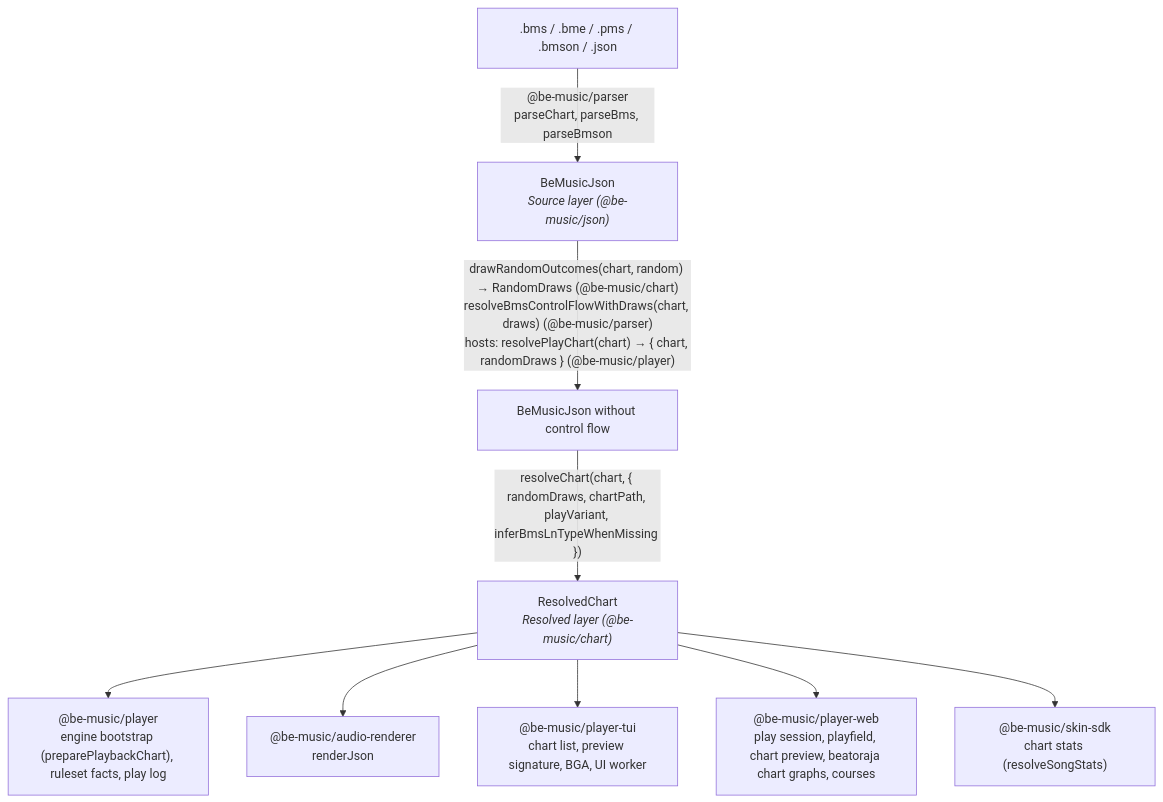
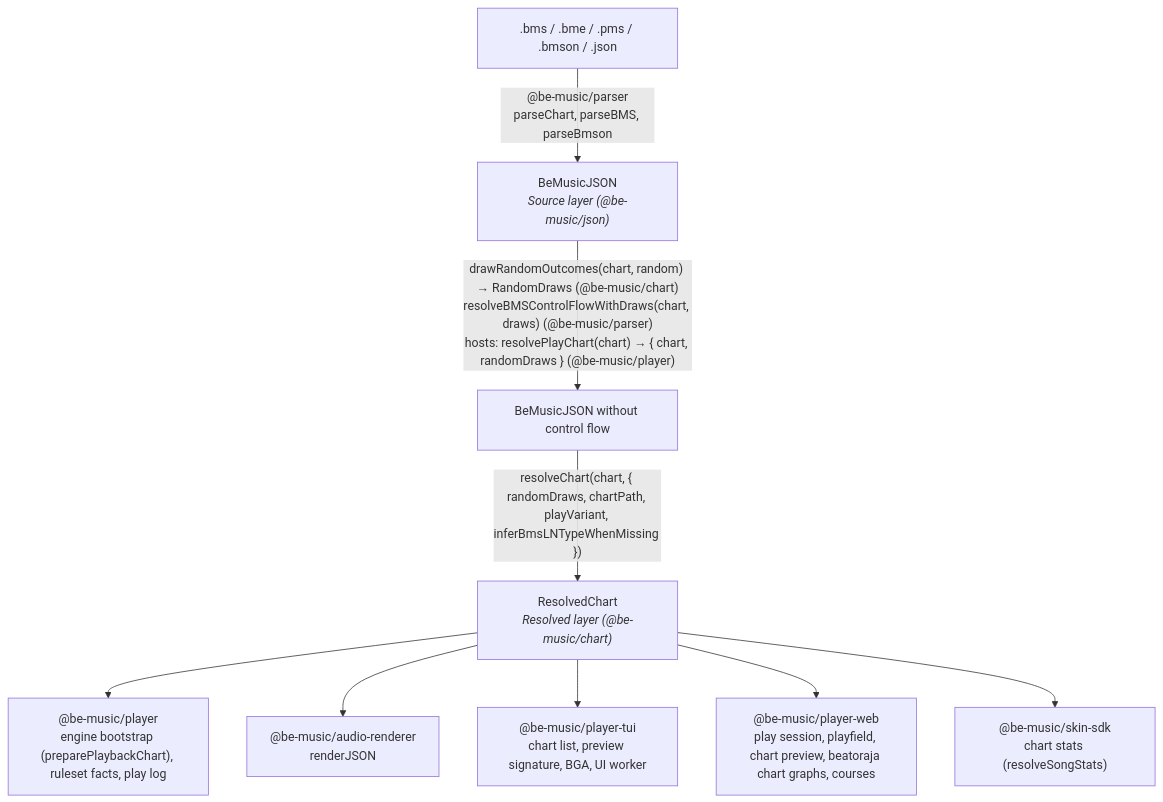
One commit to nulltask/be-music changed the first of 3 diagrams in docs/architecture.md. Above: the diagram before and after it, drawn with Mermaid. The commit also changed other lines of this file and 921 other files, not shown here.

````diff
--- a/docs/architecture.md
+++ b/docs/architecture.md
@@ -9,21 +9,21 @@
 ```mermaid
 flowchart TD
   files[".bms / .bme / .pms / .bmson / .json"]
-  source["BeMusicJson<br/><i>Source layer (@be-music/json)</i>"]
-  flat["BeMusicJson without control flow"]
+  source["BeMusicJSON<br/><i>Source layer (@be-music/json)</i>"]
+  flat["BeMusicJSON without control flow"]
   resolved["ResolvedChart<br/><i>Resolved layer (@be-music/chart)</i>"]
   player["@be-music/player<br/>engine bootstrap (preparePlaybackChart), ruleset facts, play log"]
-  renderer["@be-music/audio-renderer<br/>renderJson"]
+  renderer["@be-music/audio-renderer<br/>renderJSON"]
   tui["@be-music/player-tui<br/>chart list, preview signature, BGA, UI worker"]
   web["@be-music/player-web<br/>play session, playfield, chart preview, beatoraja chart graphs, courses"]
   skin["@be-music/skin-sdk<br/>chart stats (resolveSongStats)"]
 
-  files -->|"@be-music/parser<br/>parseChart, parseBms, parseBmson"| source
-  source -->|"drawRandomOutcomes(chart, random) → RandomDraws (@be-music/chart)<br/>resolveBmsControlFlowWithDraws(chart, draws) (@be-music/parser)<br/>hosts: resolvePlayChart(chart) → { chart, randomDraws } (@be-music/player)"| flat
-  flat -->|"resolveChart(chart, { randomDraws, chartPath, playVariant, inferBmsLnTypeWhenMissing })"| resolved
+  files -->|"@be-music/parser<br/>parseChart, parseBMS, parseBmson"| source
+  source -->|"drawRandomOutcomes(chart, random) → RandomDraws (@be-music/chart)<br/>resolveBMSControlFlowWithDraws(chart, draws) (@be-music/parser)<br/>hosts: resolvePlayChart(chart) → { chart, randomDraws } (@be-music/player)"| flat
+  flat -->|"resolveChart(chart, { randomDraws, chartPath, playVariant, inferBmsLNTypeWhenMissing })"| resolved
   resolved --> player
   resolved --> renderer
   resolved --> tui
   resolved --> web
   resolved --> skin
 ```
````
